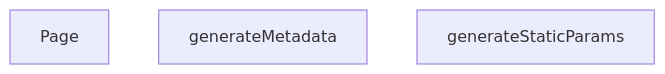
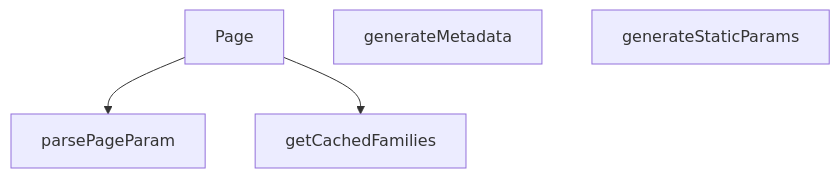
The diagram in src/app/[lang]/category/[categorySlug]/page.md (peckop/venthub-hvac-esite), drawn with Mermaid before and after one commit. The commit also changed other lines of this file and 31 other files, not shown here.

````diff
--- a/src/app/[lang]/category/[categorySlug]/page.md
+++ b/src/app/[lang]/category/[categorySlug]/page.md
@@ -138,6 +269,10 @@
 ```mermaid
 graph TD
     page_tsx__Page["Page"]
     page_tsx__generateMetadata["generateMetadata"]
     page_tsx__generateStaticParams["generateStaticParams"]
+    page_tsx__getCachedFamilies["getCachedFamilies"]
+    page_tsx__parsePageParam["parsePageParam"]
+    page_tsx__Page --> page_tsx__parsePageParam
+    page_tsx__Page --> page_tsx__getCachedFamilies
 ```
````
